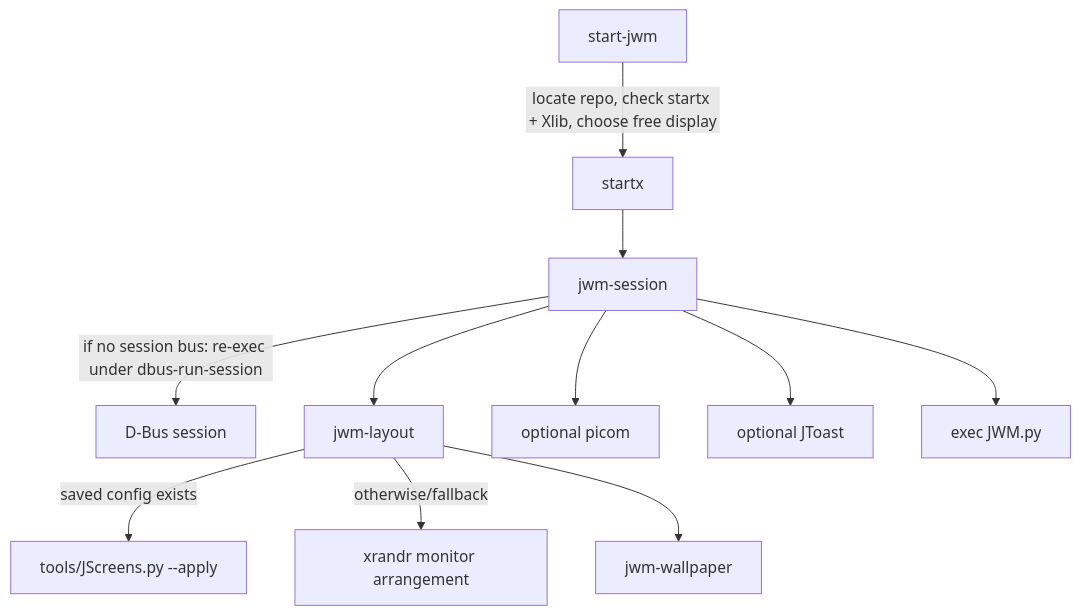
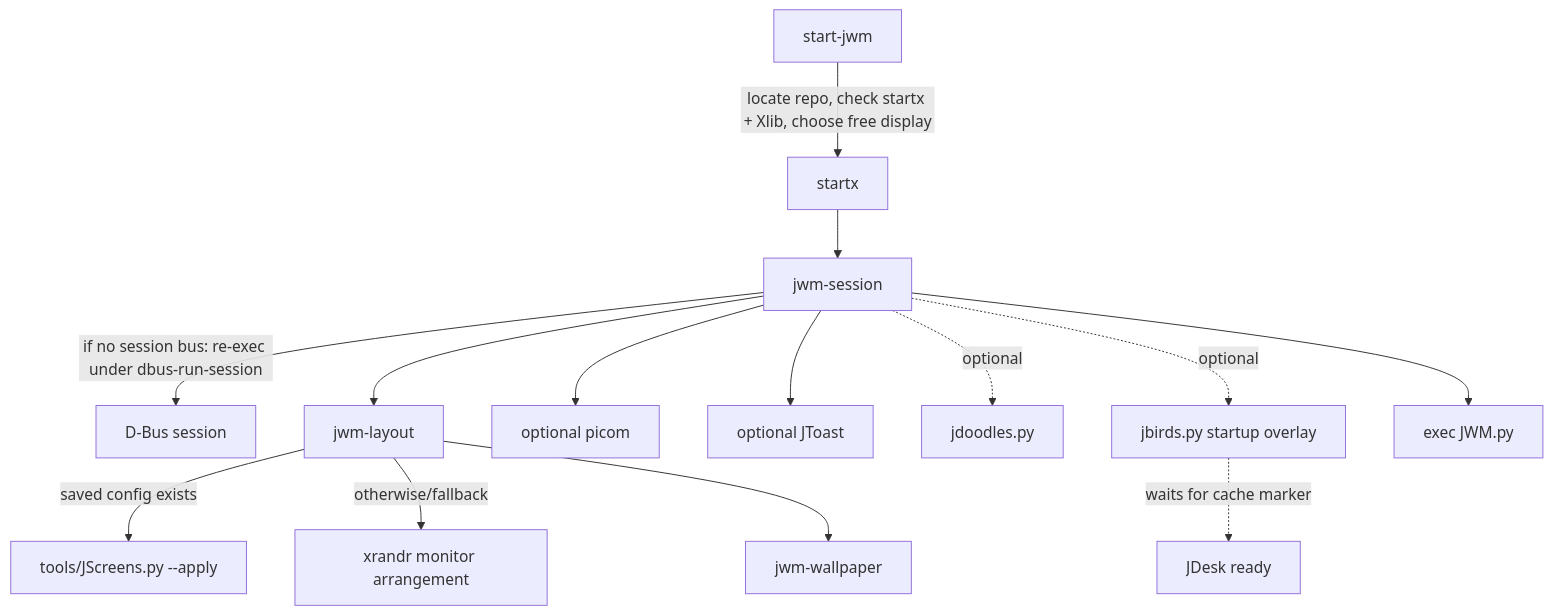
The diagram in engineering-study/INTEGRATION/SESSION_AND_DESKTOP_INTEGRATION.md (jacob-derek/JDev), drawn with Mermaid before and after one commit. The commit also changed other lines of this file and 5 other files, not shown here.

````diff
--- a/engineering-study/INTEGRATION/SESSION_AND_DESKTOP_INTEGRATION.md
+++ b/engineering-study/INTEGRATION/SESSION_AND_DESKTOP_INTEGRATION.md
@@ -7,13 +7,16 @@
 ```mermaid
 flowchart TD
   User[start-jwm] -->|locate repo, check startx + Xlib, choose free display| X[startx]
   X --> Session[jwm-session]
   Session -->|if no session bus: re-exec under dbus-run-session| DBus[D-Bus session]
   Session --> Layout[jwm-layout]
   Layout -->|saved config exists| Screens[tools/JScreens.py --apply]
   Layout -->|otherwise/fallback| XRandR[xrandr monitor arrangement]
   Layout --> Wallpaper[jwm-wallpaper]
   Session --> Picom[optional picom]
   Session --> Toast[optional JToast]
+  Session -. optional .-> Doodles[jdoodles.py]
+  Session -. optional .-> Birds[jbirds.py startup overlay]
   Session --> WM[exec JWM.py]
+  Birds -. waits for cache marker .-> Desk[JDesk ready]
 ```
````
